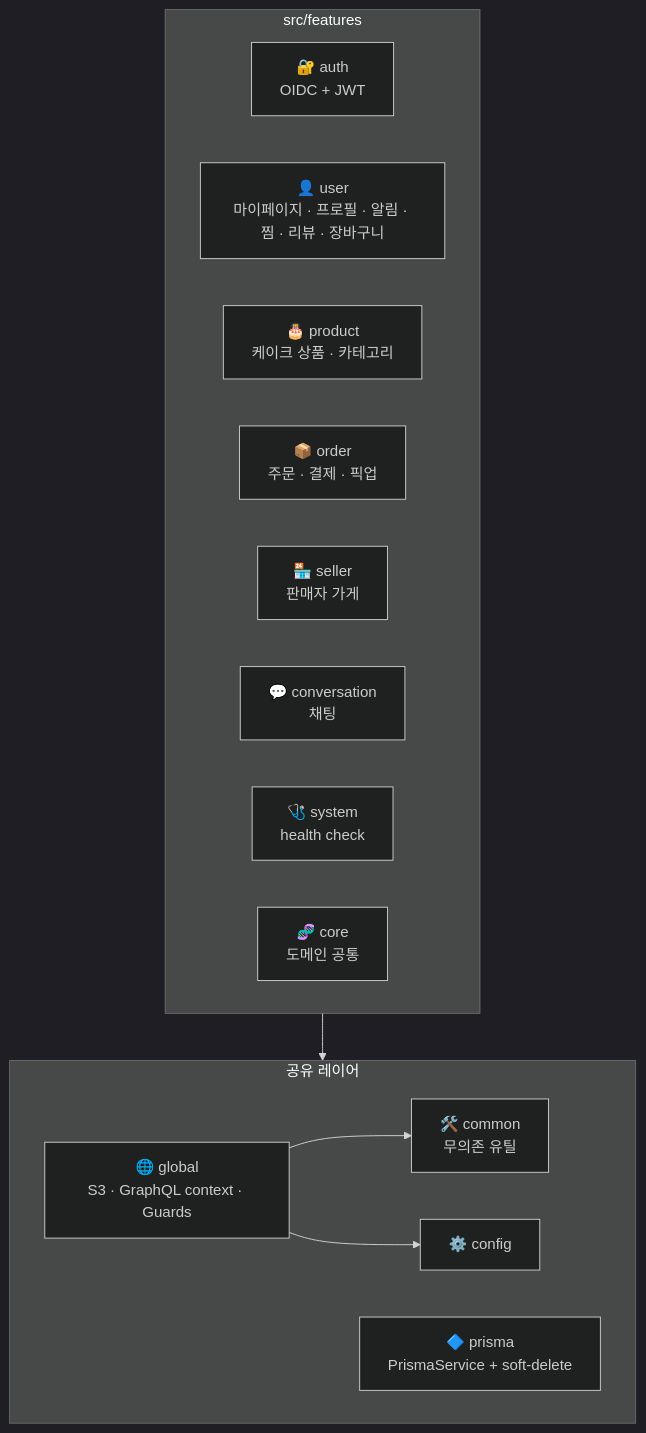
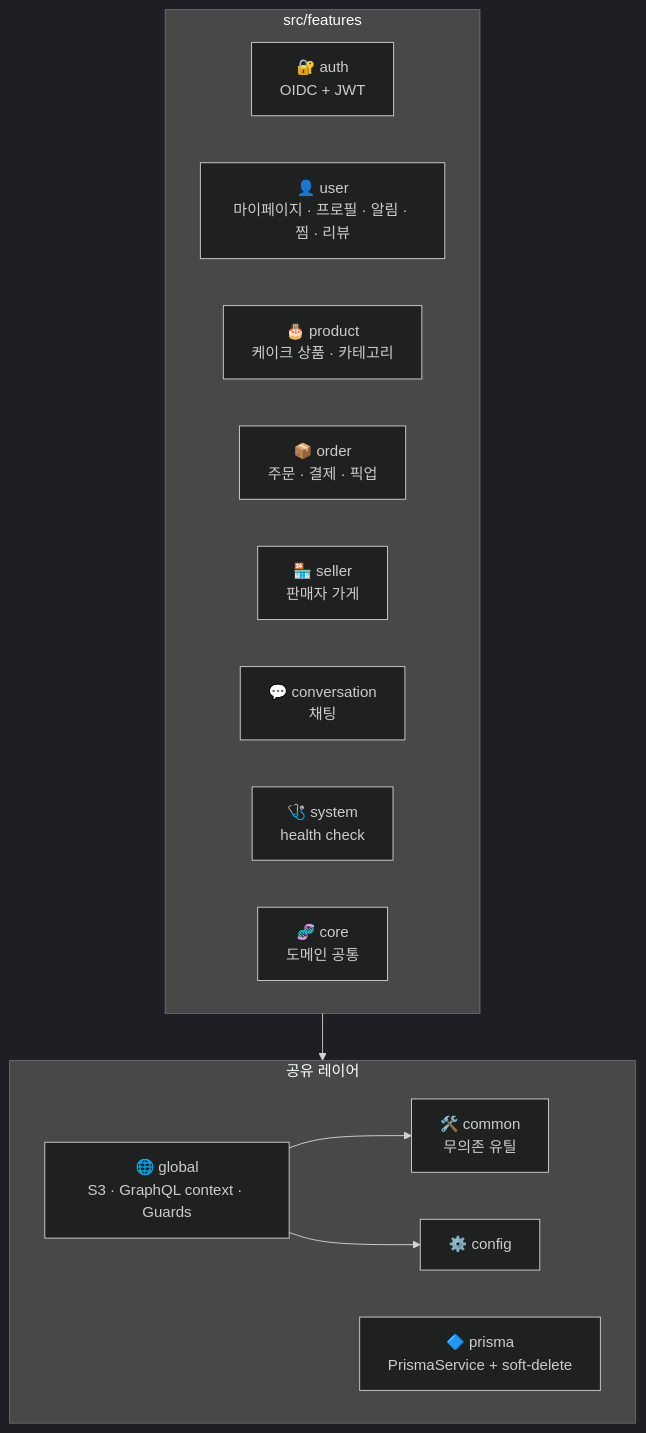
Before and after one commit to CaQuick/caquick-be: the second of 3 diagrams in README.md, drawn with Mermaid (dark theme). The commit also changed 21 other files, not shown here.

````diff
--- a/README.md
+++ b/README.md
@@ -163,24 +163,24 @@
 ```mermaid
 flowchart TB
     subgraph features["src/features"]
         Auth[🔐 auth<br/>OIDC + JWT]
-        User[👤 user<br/>마이페이지 · 프로필 · 알림 · 찜 · 리뷰 · 장바구니]
+        User[👤 user<br/>마이페이지 · 프로필 · 알림 · 찜 · 리뷰]
         Product[🎂 product<br/>케이크 상품 · 카테고리]
         Order[📦 order<br/>주문 · 결제 · 픽업]
         Seller[🏪 seller<br/>판매자 가게]
         Conversation[💬 conversation<br/>채팅]
         System[🩺 system<br/>health check]
         Core[🧬 core<br/>도메인 공통]
     end
 
     subgraph shared["공유 레이어"]
         Common[🛠️ common<br/>무의존 유틸]
         Global[🌐 global<br/>S3 · GraphQL context · Guards]
         Config[⚙️ config]
         PrismaMod[🔷 prisma<br/>PrismaService + soft-delete]
     end
 
     features --> shared
     Global --> Common
     Global --> Config
 ```
````
